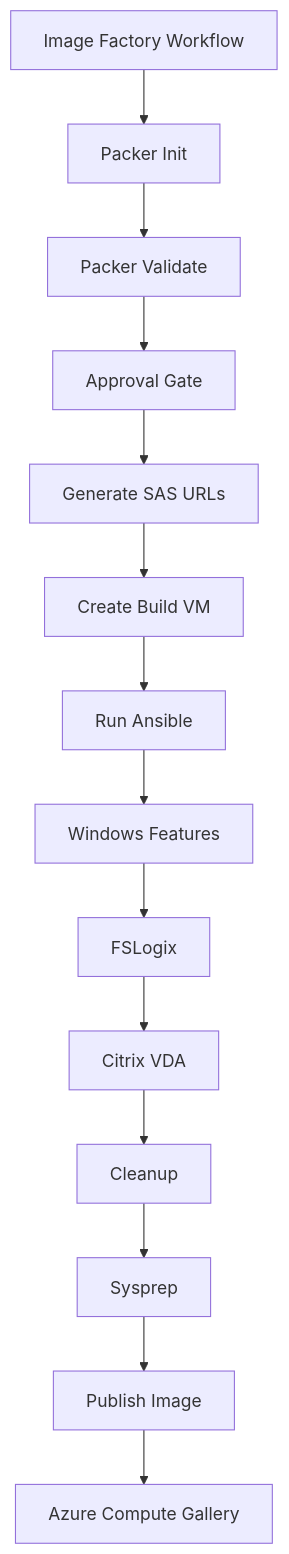
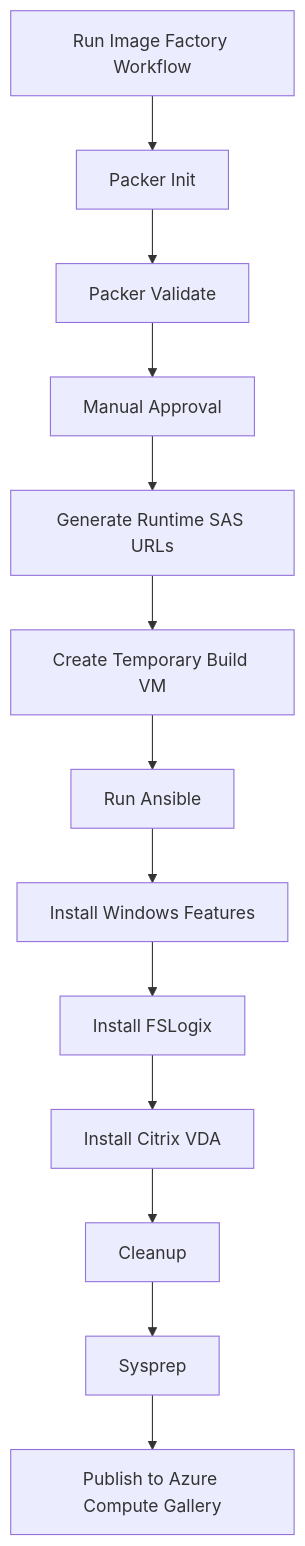
One commit to akumar2oo2/Image_Factory changed the second of 2 diagrams in README.md. Above: the diagram before and after it, drawn with Mermaid. The commit also changed other lines of this file, not shown here.

Commit message:
docs(README): add end-to-end image factory KT guide

````diff
--- a/README.md
+++ b/README.md
@@ -82,18 +845,15 @@
 ```mermaid
 flowchart TD
-
-A[Image Factory Workflow]
---> B[Packer Init]
---> C[Packer Validate]
---> D[Approval Gate]
---> E[Generate SAS URLs]
---> F[Create Build VM]
---> G[Run Ansible]
---> H[Windows Features]
---> I[FSLogix]
---> J[Citrix VDA]
---> K[Cleanup]
---> L[Sysprep]
---> M[Publish Image]
---> N[Azure Compute Gallery]
+    A[Run Image Factory Workflow] --> B[Packer Init]
+    B --> C[Packer Validate]
+    C --> D[Manual Approval]
+    D --> E[Generate Runtime SAS URLs]
+    E --> F[Create Temporary Build VM]
+    F --> G[Run Ansible]
+    G --> H[Install Windows Features]
+    H --> I[Install FSLogix]
+    I --> J[Install Citrix VDA]
+    J --> K[Cleanup]
+    K --> L[Sysprep]
+    L --> M[Publish to Azure Compute Gallery]
 ```
````
